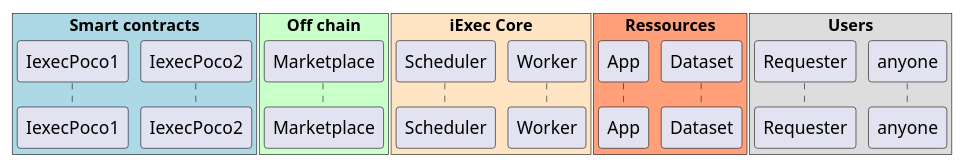
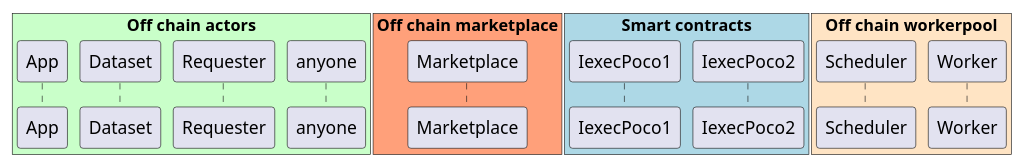
One commit to iExecBlockchainComputing/PoCo changed the diagram in uml/nominalworkflow-ODB-0-actors.puml. Above: the diagram before and after it, drawn with PlantUML. The commit also changed 2 other files, not shown here.

Commit message:
Reorganize actors in umls

```diff
--- a/uml/nominalworkflow-ODB-0-actors.puml
+++ b/uml/nominalworkflow-ODB-0-actors.puml
@@ -1,31 +1,31 @@
 @startuml
+
+box "Off chain actors" #TECHNOLOGY
+	participant App
+	participant Dataset
+    participant Requester
+	participant anyone
+end box
+box "Off chain marketplace" #LightSalmon
+    participant Marketplace
+end box
 
 box "Smart contracts" #LightBlue
 	participant IexecPoco1
 	participant IexecPoco2
 end box
 
-box "Off chain" #TECHNOLOGY
-	participant Marketplace
-end box
-
-box "iExec Core" #Bisque
+box "Off chain workerpool" #Bisque
 	participant Scheduler
 	participant Worker
 end box
 
-box "Ressources" #LightSalmon
-	participant App
-	participant Dataset
-end box
+box "Users"
 
-box "Users"
-	participant Requester
-	participant anyone
 end box
 
 skinparam sequenceGroupBodyBackgroundColor transparent
 
 autonumber
 
 @enduml
```
